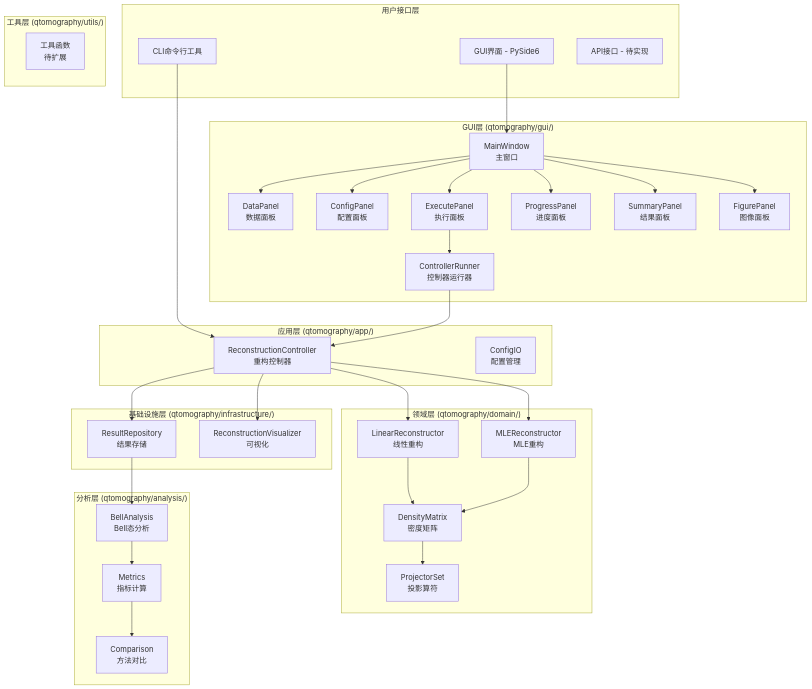
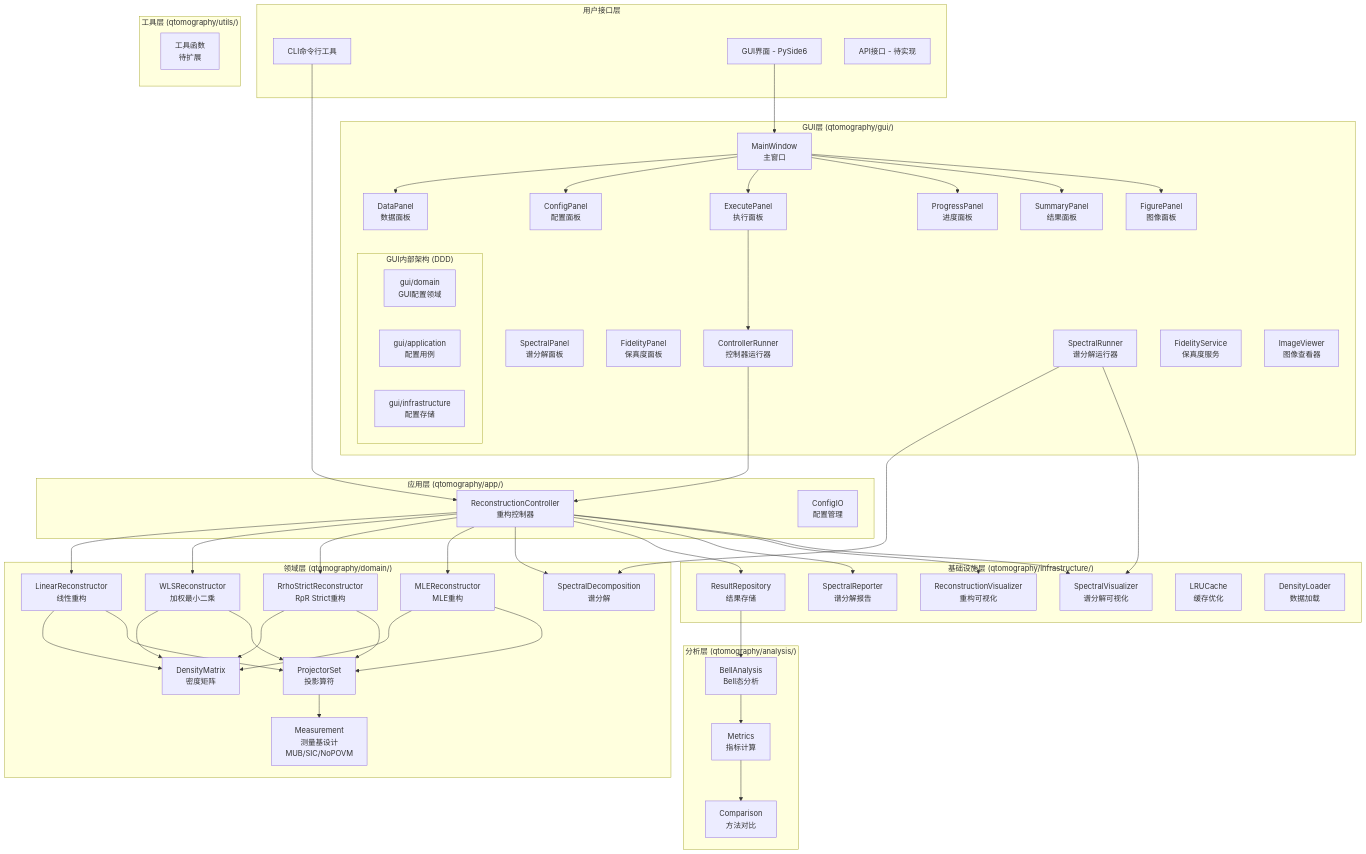
Before and after one commit to beckket4141/qtomography-: the first of 7 diagrams in docs/teach/1.Python程序架构分析.md, drawn with Mermaid. The commit also changed other lines of this file and 9 other files, not shown here.

````diff
--- a/docs/teach/1.Python程序架构分析.md
+++ b/docs/teach/1.Python程序架构分析.md
@@ -166,7 +174,17 @@
         ProgressPanel[ProgressPanel<br/>进度面板]
         SummaryPanel[SummaryPanel<br/>结果面板]
         FigurePanel[FigurePanel<br/>图像面板]
+        SpectralPanel[SpectralPanel<br/>谱分解面板]
+        FidelityPanel[FidelityPanel<br/>保真度面板]
         ControllerRunner[ControllerRunner<br/>控制器运行器]
+        SpectralRunner[SpectralRunner<br/>谱分解运行器]
+        FidelityService[FidelityService<br/>保真度服务]
+        ImageViewer[ImageViewer<br/>图像查看器]
+        subgraph "GUI内部架构 (DDD)"
+            GUIConfig[gui/domain<br/>GUI配置领域]
+            ConfigUseCase[gui/application<br/>配置用例]
+            ConfigRepo[gui/infrastructure<br/>配置存储]
+        end
     end
     
     subgraph "应用层 (qtomography/app/)"
@@ -177,8 +195,12 @@
     subgraph "领域层 (qtomography/domain/)"
         Density[DensityMatrix<br/>密度矩阵]
         Projectors[ProjectorSet<br/>投影算符]
+        Measurement[Measurement<br/>测量基设计<br/>MUB/SIC/NoPOVM]
         Linear[LinearReconstructor<br/>线性重构]
+        WLS[WLSReconstructor<br/>加权最小二乘]
+        RrhoR[RrhoStrictReconstructor<br/>RρR Strict重构]
         MLE[MLEReconstructor<br/>MLE重构]
+        Spectral[SpectralDecomposition<br/>谱分解]
     end
     
     subgraph "分析层 (qtomography/analysis/)"
@@ -189,7 +211,11 @@
     
     subgraph "基础设施层 (qtomography/infrastructure/)"
         Repository[ResultRepository<br/>结果存储]
-        Visualizer[ReconstructionVisualizer<br/>可视化]
+        SpectralRepo[SpectralReporter<br/>谱分解报告]
+        Visualizer[ReconstructionVisualizer<br/>重构可视化]
+        SpectralViz[SpectralVisualizer<br/>谱分解可视化]
+        Cache[LRUCache<br/>缓存优化]
+        IO[DensityLoader<br/>数据加载]
     end
     
     subgraph "工具层 (qtomography/utils/)"
@@ -207,13 +233,26 @@
     ExecutePanel --> ControllerRunner
     ControllerRunner --> Controller
     Controller --> Linear
+    Controller --> WLS
+    Controller --> RrhoR
     Controller --> MLE
     Linear --> Density
+    WLS --> Density
+    RrhoR --> Density
     MLE --> Density
-    Density --> Projectors
+    Linear --> Projectors
+    WLS --> Projectors
+    RrhoR --> Projectors
+    MLE --> Projectors
+    Projectors --> Measurement
+    Controller --> Spectral
     Controller --> Repository
+    Controller --> SpectralRepo
     Controller --> Visualizer
+    Controller --> SpectralViz
     Repository --> Bell
+    SpectralRunner --> Spectral
+    SpectralRunner --> SpectralViz
     Bell --> Metrics
     Metrics --> Comparison
 ```
````
